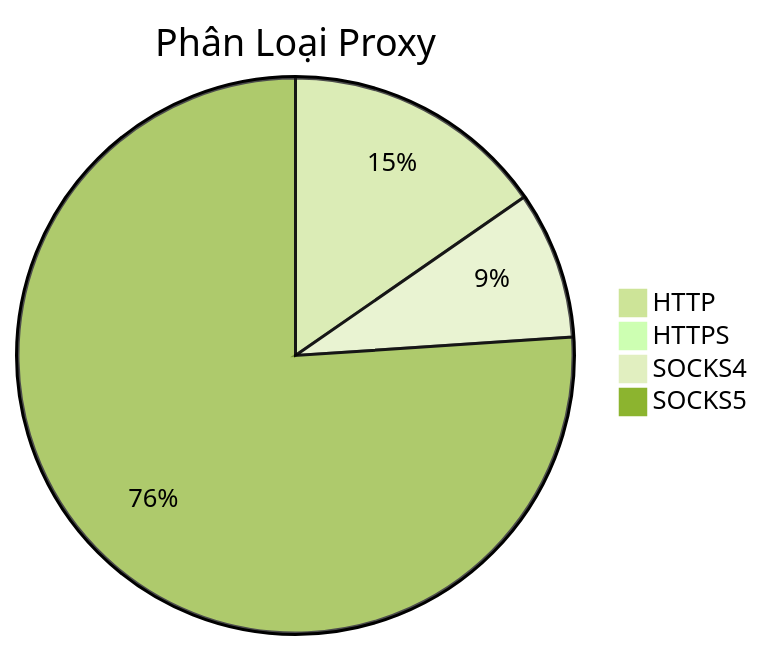
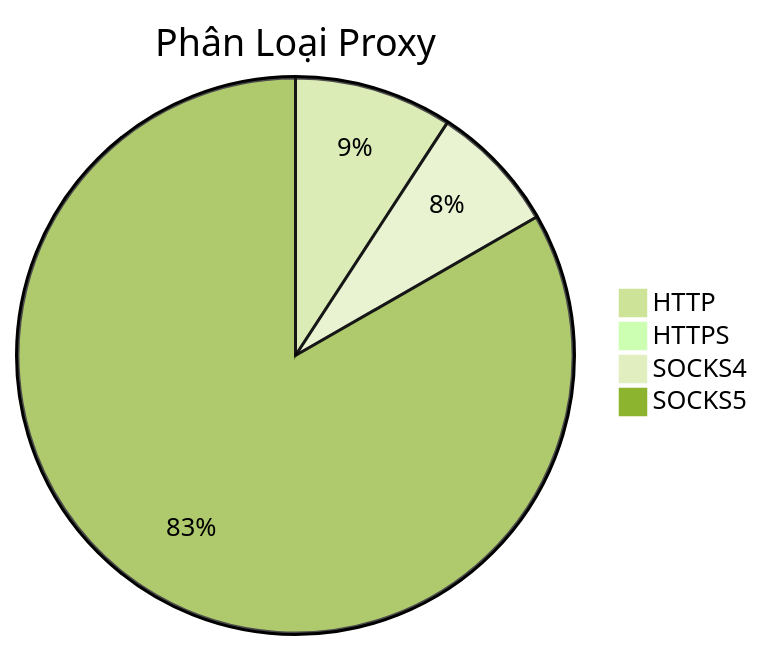
Before and after one commit to Ciara-Aa/PROXY-free: the diagram in README.md, drawn with Mermaid (forest theme). The commit also changed other lines of this file and 4 other files, not shown here.

````diff
--- a/README.md
+++ b/README.md
@@ -26,7 +26,7 @@
 ```mermaid
 pie title Phân Loại Proxy
-    "HTTP" : 388
+    "HTTP" : 408
     "HTTPS" : 1
-    "SOCKS4" : 217
-    "SOCKS5" : 1922
+    "SOCKS4" : 333
+    "SOCKS5" : 3695
 ```
````
